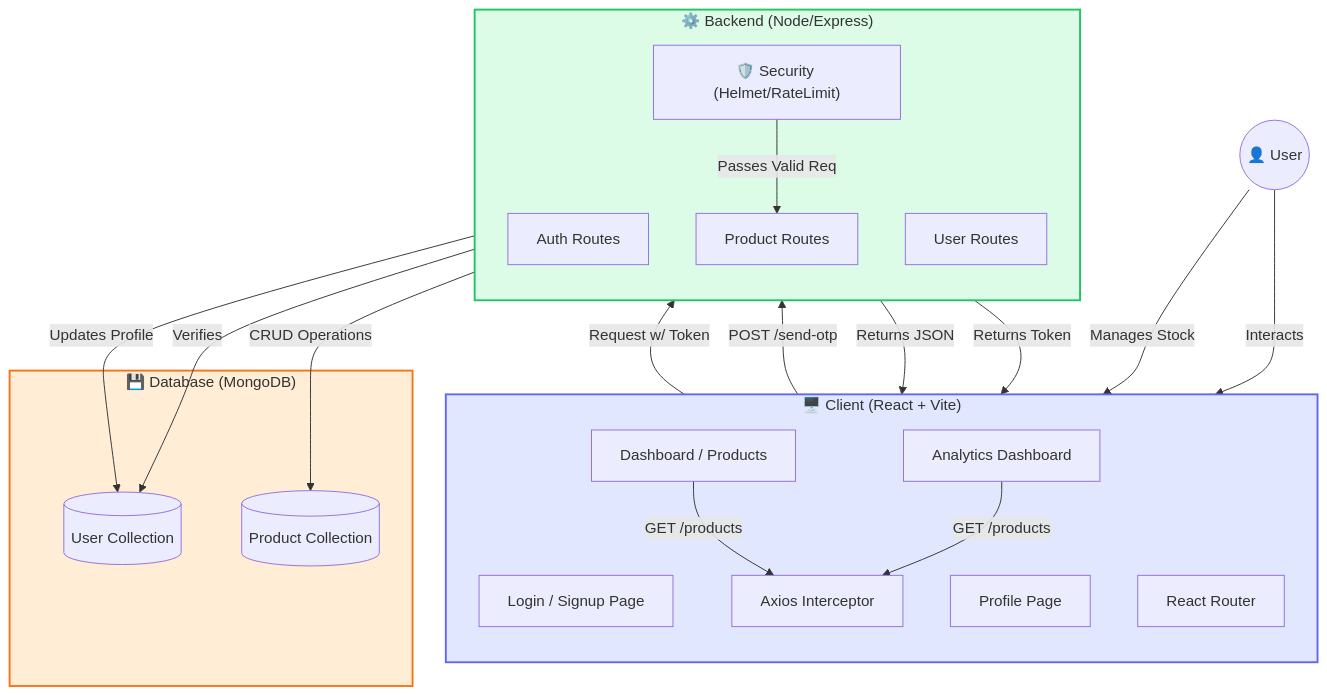
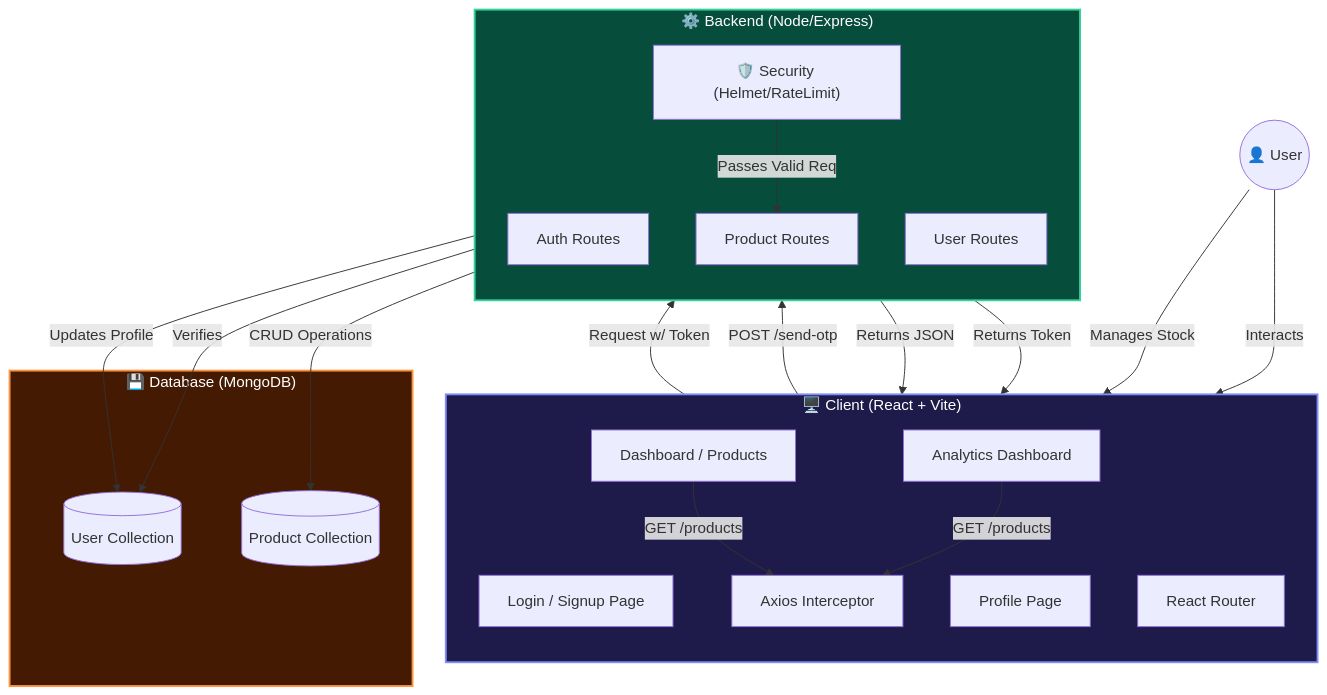
The diagram in README.md (Eternalcodertanishq3/Productr), drawn with Mermaid before and after one commit. The commit also changed other lines of this file, not shown here.

Commit message:
docs: dark mode fixes for mermaid diagram and added workflow details

````diff
--- a/README.md
+++ b/README.md
@@ -65,52 +65,52 @@
 ```mermaid
 graph TD
     %% Nodes
     User((👤 User))
     
     subgraph Client ["🖥️ Client (React + Vite)"]
         direction TB
         AuthUI[Login / Signup Page]
         DashUI[Dashboard / Products]
         ProfileUI[Profile Page]
         AnalyticsUI[Analytics Dashboard]
         Router[React Router]
         Axios[Axios Interceptor]
     end
 
     subgraph Server ["⚙️ Backend (Node/Express)"]
         direction TB
         AuthAPI[Auth Routes]
         ProductAPI[Product Routes]
         UserAPI[User Routes]
         Middleware["🛡️ Security (Helmet/RateLimit)"]
     end
 
     subgraph Database ["💾 Database (MongoDB)"]
         UsersDB[(User Collection)]
         ProductsDB[(Product Collection)]
     end
 
     %% Edge Connections
     User -->|Interacts| AuthUI
     User -->|Manages Stock| DashUI
     
     AuthUI -->|POST /send-otp| AuthAPI
     AuthAPI -->|Verifies| UsersDB
     AuthAPI -->|Returns Token| AuthUI
     
     DashUI -->|GET /products| Axios
     AnalyticsUI -->|GET /products| Axios
     
     Axios -->|Request w/ Token| Middleware
     Middleware -->|Passes Valid Req| ProductAPI
     
     ProductAPI -->|CRUD Operations| ProductsDB
     ProductAPI -->|Returns JSON| DashUI
     
     UserAPI -->|Updates Profile| UsersDB
     
     %% Styling
-    style Client fill:#e0e7ff,stroke:#6366f1,stroke-width:2px
-    style Server fill:#dcfce7,stroke:#22c55e,stroke-width:2px
-    style Database fill:#ffedd5,stroke:#f97316,stroke-width:2px
+    style Client fill:#1e1b4b,stroke:#818cf8,stroke-width:2px,color:#fff
+    style Server fill:#064e3b,stroke:#34d399,stroke-width:2px,color:#fff
+    style Database fill:#451a03,stroke:#fb923c,stroke-width:2px,color:#fff
 ```
````
